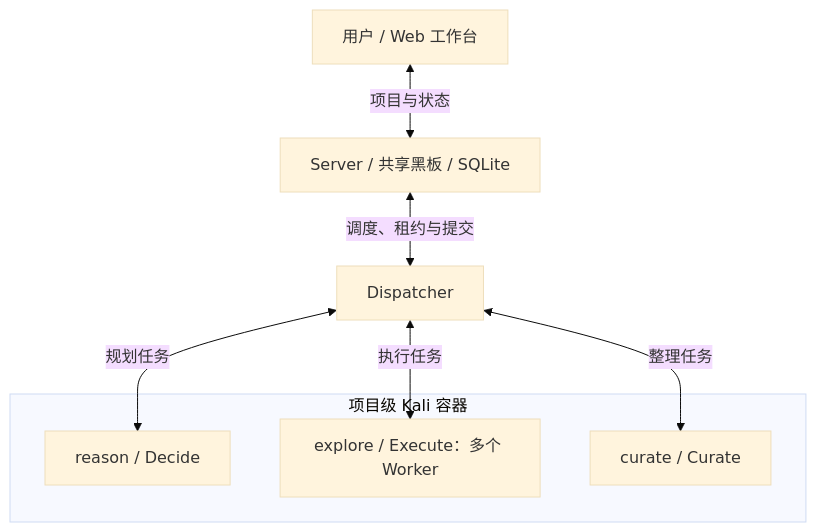
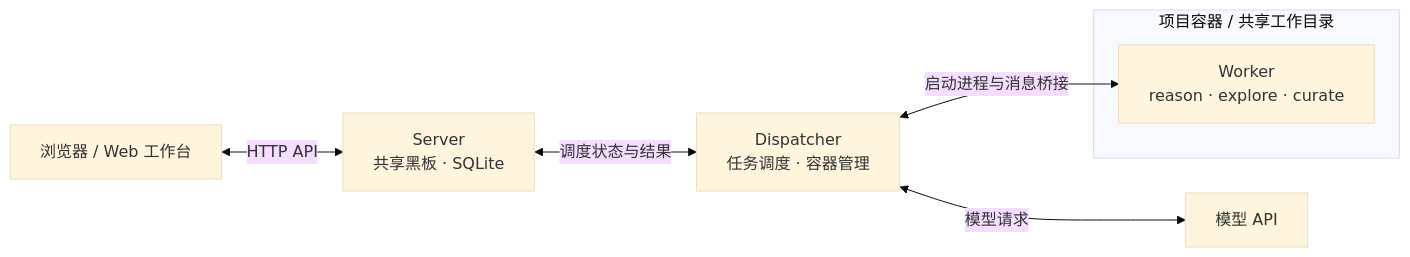
Before and after one commit to do-whilefor/PwnMesh: the diagram in README.md, drawn with Mermaid (base theme). The commit also changed other lines of this file, not shown here.

````diff
--- a/README.md
+++ b/README.md
@@ -37,13 +27,10 @@
 ```mermaid
-flowchart TB
-    U["用户 / Web 工作台"] <-->|"项目与状态"| S["Server / 共享黑板 / SQLite"]
-    S <-->|"调度、租约与提交"| D["Dispatcher"]
-    subgraph P["项目级 Kali 容器"]
-        R["reason / Decide"]
-        E["explore / Execute：多个 Worker"]
-        C["curate / Curate"]
+flowchart LR
+    U["浏览器 / Web 工作台"] <-->|HTTP API| S["Server<br/>共享黑板 · SQLite"]
+    S <-->|调度状态与结果| D["Dispatcher<br/>任务调度 · 容器管理"]
+    D <-->|模型请求| M["模型 API"]
+    D <-->|启动进程与消息桥接| W
+    subgraph P["项目容器 / 共享工作目录"]
+        W["Worker<br/>reason · explore · curate"]
     end
-    D <-->|"规划任务"| R
-    D <-->|"执行任务"| E
-    D <-->|"整理任务"| C
 ```
````
